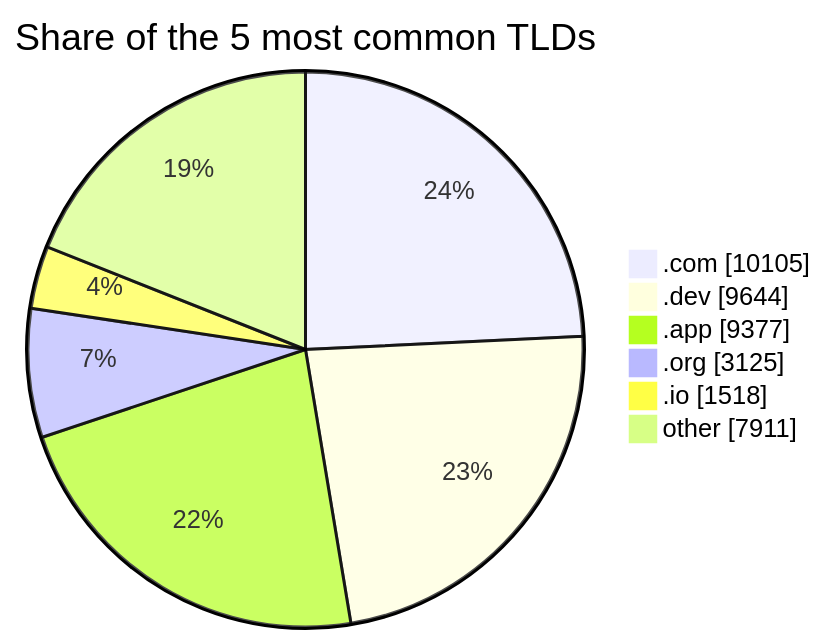
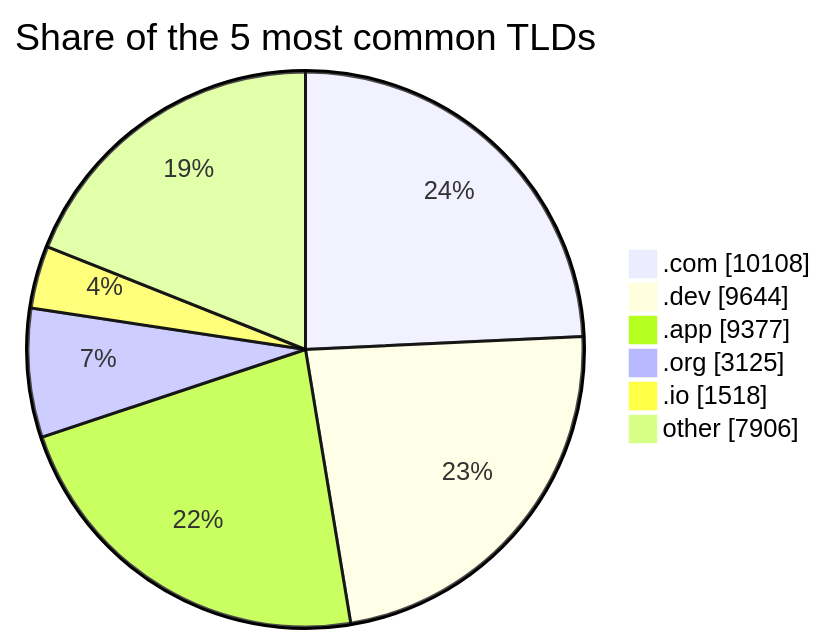
One commit to DNSBunker/CTI changed the third of 3 diagrams in README.md. Above: the diagram before and after it, drawn with Mermaid. The commit also changed other lines of this file and 3 other files, not shown here.

````diff
--- a/README.md
+++ b/README.md
@@ -81,9 +81,9 @@
 ```mermaid
 pie showData title Share of the 5 most common TLDs
-    ".com" : 10105
+    ".com" : 10108
     ".dev" : 9644
     ".app" : 9377
     ".org" : 3125
     ".io" : 1518
-    "other" : 7911
+    "other" : 7906
 ```
````
